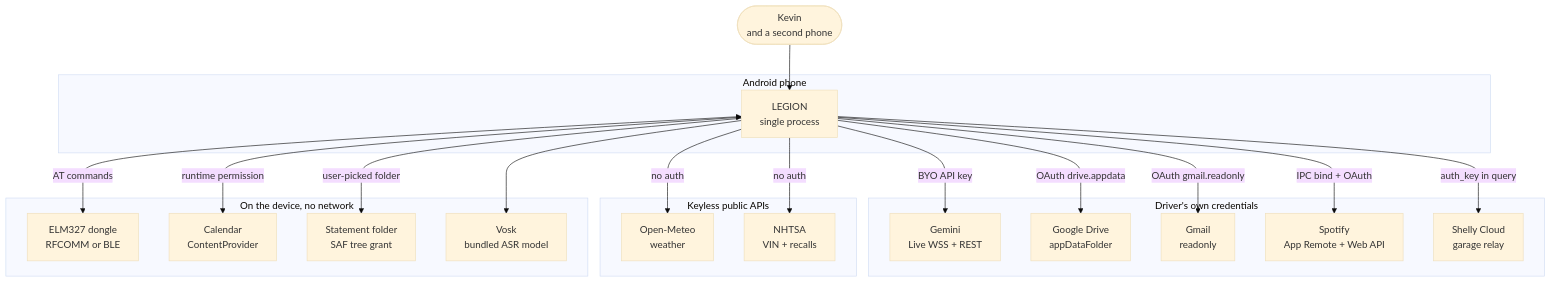
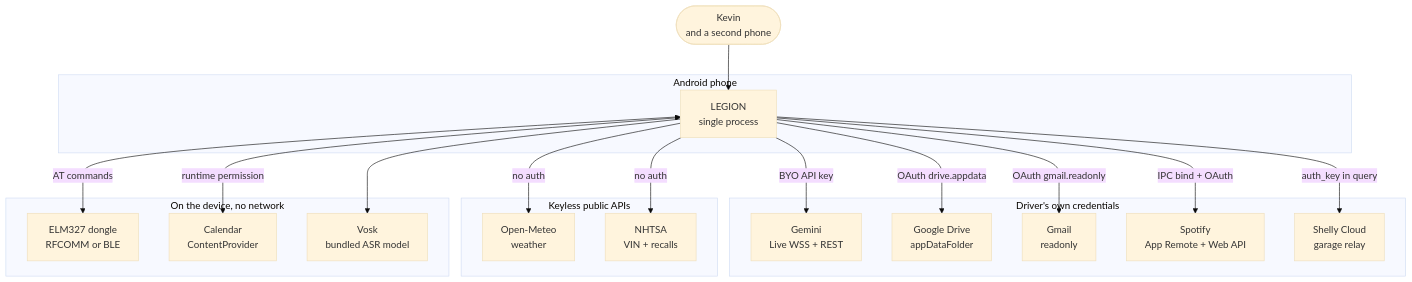
The diagram in docs/architecture/c1-context.md (kevinmyo-code/legion), drawn with Mermaid (base theme) before and after one commit. The commit also changed other lines of this file and 78 other files, not shown here.

````diff
--- a/docs/architecture/c1-context.md
+++ b/docs/architecture/c1-context.md
@@ -14,41 +14,39 @@
 ```mermaid
 graph TB
     Kevin(["Kevin<br/>and a second phone"])
 
     subgraph Phone["Android phone"]
         LEGION["LEGION<br/>single process"]
     end
 
     subgraph BYO["Driver's own credentials"]
         Gemini["Gemini<br/>Live WSS + REST"]
         Drive["Google Drive<br/>appDataFolder"]
         Gmail["Gmail<br/>readonly"]
         Spotify["Spotify<br/>App Remote + Web API"]
         Shelly["Shelly Cloud<br/>garage relay"]
     end
 
     subgraph Keyless["Keyless public APIs"]
         Meteo["Open-Meteo<br/>weather"]
         NHTSA["NHTSA<br/>VIN + recalls"]
     end
 
     subgraph Local["On the device, no network"]
         OBD["ELM327 dongle<br/>RFCOMM or BLE"]
         Cal["Calendar<br/>ContentProvider"]
-        SAF["Statement folder<br/>SAF tree grant"]
         Vosk["Vosk<br/>bundled ASR model"]
     end
 
     Kevin --> LEGION
     LEGION -->|"BYO API key"| Gemini
     LEGION -->|"OAuth drive.appdata"| Drive
     LEGION -->|"OAuth gmail.readonly"| Gmail
     LEGION -->|"IPC bind + OAuth"| Spotify
     LEGION -->|"auth_key in query"| Shelly
     LEGION -->|"no auth"| Meteo
     LEGION -->|"no auth"| NHTSA
     LEGION <-->|"AT commands"| OBD
     LEGION <-->|"runtime permission"| Cal
-    LEGION -->|"user-picked folder"| SAF
     LEGION --> Vosk
 ```
````
